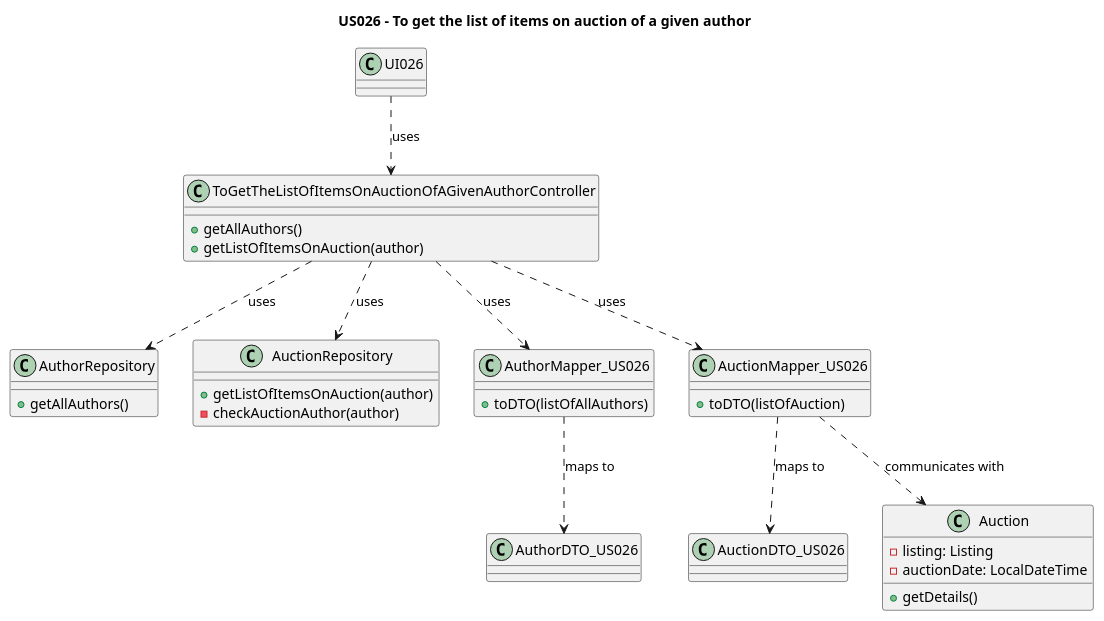
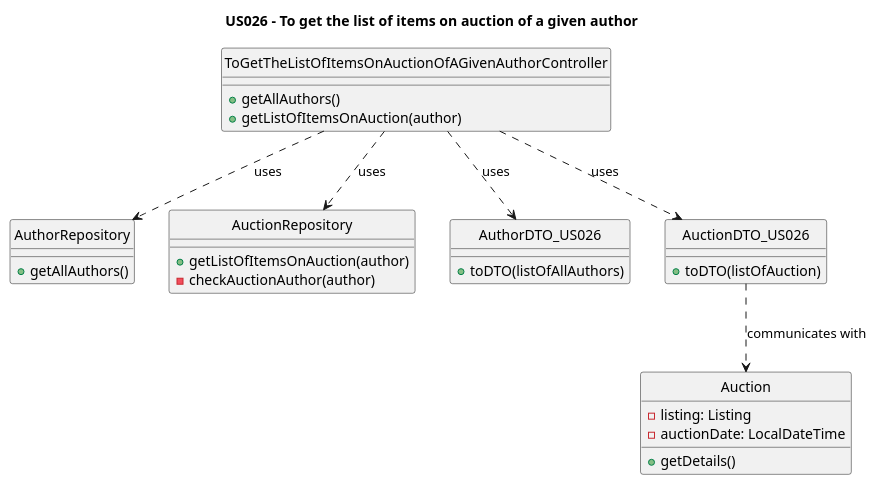
Before and after one commit to AndrePereiraGitH/SWitCH-Project-Team_A: the diagram in Diagrams/ClassDiagrams/US026-to-get-the-list-of-items-on-auction-of-a-given-author.puml, drawn with PlantUML.

Commit message:
working on #186 Class diagram updated reflecting new deisign US026

```diff
--- a/Diagrams/ClassDiagrams/US026-to-get-the-list-of-items-on-auction-of-a-given-author.puml
+++ b/Diagrams/ClassDiagrams/US026-to-get-the-list-of-items-on-auction-of-a-given-author.puml
@@ -1,57 +1,48 @@
 @startuml
+hide circle
 title US026 - To get the list of items on auction of a given author
 
-' UI Layer
-class UI026 {
-}
+
 
 ' Controller
 class ToGetTheListOfItemsOnAuctionOfAGivenAuthorController {
   +getAllAuthors()
   +getListOfItemsOnAuction(author)
 }
 
 ' Repositories
 class AuthorRepository {
   +getAllAuthors()
 }
 
 class AuctionRepository {
   +getListOfItemsOnAuction(author)
   -checkAuctionAuthor(author)
 }
 
-' DTOs
+
+
+' Mappers
 class AuthorDTO_US026 {
+  +toDTO(listOfAllAuthors)
 }
 
 class AuctionDTO_US026 {
-}
-
-' Mappers
-class AuthorMapper_US026 {
-  +toDTO(listOfAllAuthors)
-}
-
-class AuctionMapper_US026 {
   +toDTO(listOfAuction)
 }
 
 ' Domain classes
 class Auction {
   - listing: Listing
   - auctionDate: LocalDateTime
   +getDetails()
 }
 
 ' Interactions
-UI026 ..> ToGetTheListOfItemsOnAuctionOfAGivenAuthorController : uses
 ToGetTheListOfItemsOnAuctionOfAGivenAuthorController ..> AuctionRepository : uses
 ToGetTheListOfItemsOnAuctionOfAGivenAuthorController ..> AuthorRepository : uses
-AuthorMapper_US026 ..> AuthorDTO_US026 : maps to
-AuctionMapper_US026 ..> AuctionDTO_US026 : maps to
-ToGetTheListOfItemsOnAuctionOfAGivenAuthorController ..> AuthorMapper_US026 : uses
-ToGetTheListOfItemsOnAuctionOfAGivenAuthorController ..> AuctionMapper_US026 : uses
-AuctionMapper_US026 ..> Auction : communicates with
+ToGetTheListOfItemsOnAuctionOfAGivenAuthorController ..> AuthorDTO_US026 : uses
+ToGetTheListOfItemsOnAuctionOfAGivenAuthorController ..> AuctionDTO_US026 : uses
+AuctionDTO_US026 ..> Auction : communicates with
 
 @enduml
```
